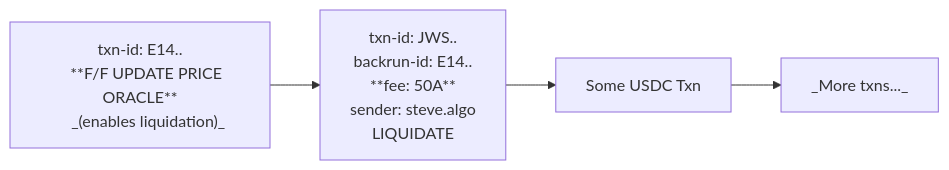
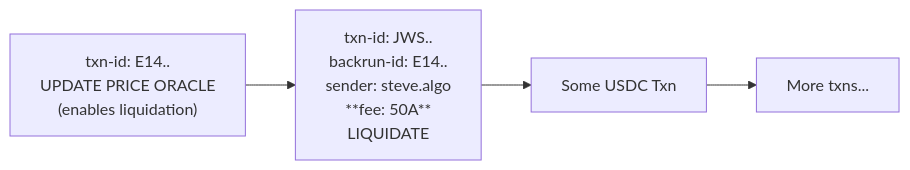
Before and after one commit to d13co/d13.co: the third of 3 diagrams in content/posts/algorand-sustainability-backrunning/index.md, drawn with Mermaid. The commit also changed other lines of this file, not shown here.

```diff
--- a/content/posts/algorand-sustainability-backrunning/index.md
+++ b/content/posts/algorand-sustainability-backrunning/index.md
@@ -91,13 +91,13 @@
 {{< mermaid >}}
 flowchart LR
     A["txn-id: E14..
-    **F/F UPDATE PRICE ORACLE**
-    _(enables liquidation)_"] -->
+    UPDATE PRICE ORACLE
+    (enables liquidation)"] -->
     B["txn-id: JWS..
     backrun-id: E14..
+    sender: steve.algo
     **fee: 50A**
-    sender: steve.algo
     LIQUIDATE"] -->
     O["Some USDC Txn"] -->
-    M["_More txns..._"]
+    M["More txns..."]
 {{< /mermaid >}}
```
